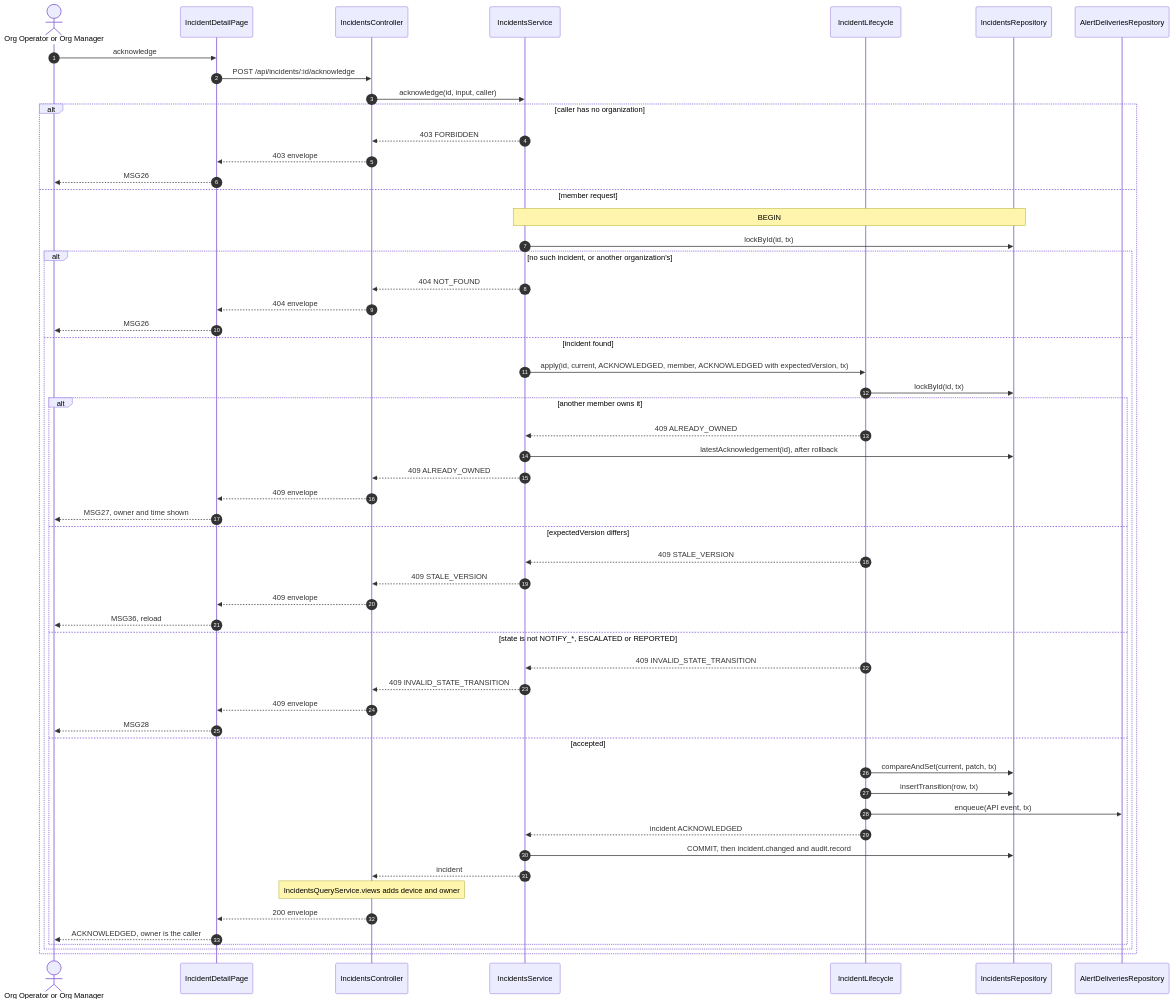
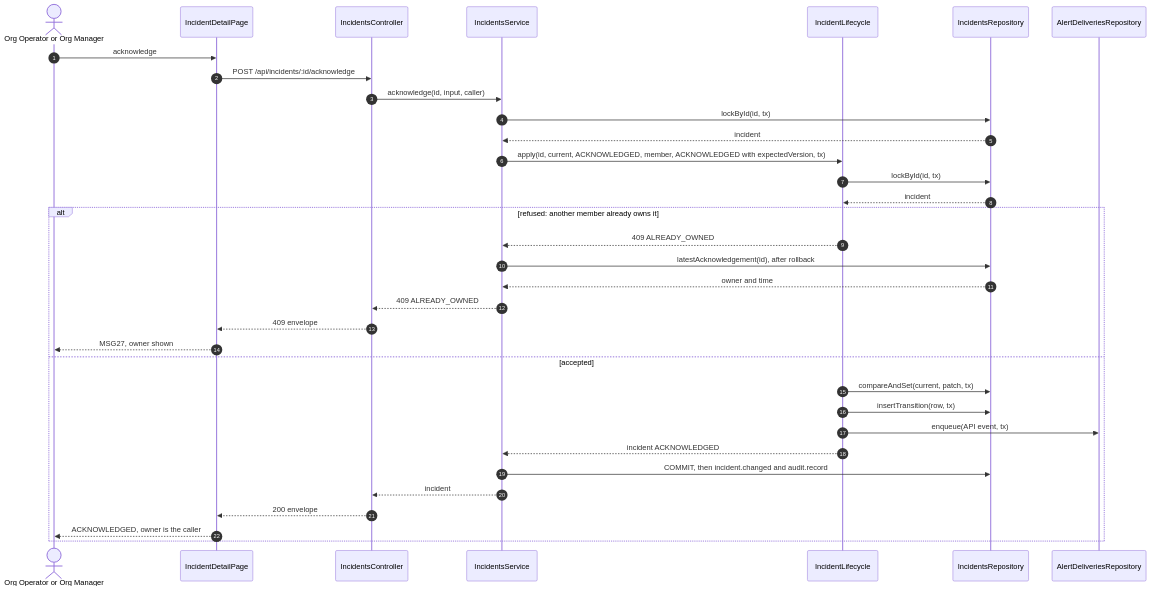
The second of 2 diagrams in specs/incidents/api-design/03-post-incidents-id-acknowledge.md (TrekLink-Team/treklink-web), drawn with Mermaid before and after one commit. The commit also changed other lines of this file and 8 other files, not shown here.

First line of the commit message:
docs: draw one alt per incidents sequence again

````diff
--- a/specs/incidents/api-design/03-post-incidents-id-acknowledge.md
+++ b/specs/incidents/api-design/03-post-incidents-id-acknowledge.md
@@ -263,57 +263,36 @@
 ```mermaid
 sequenceDiagram
     autonumber
     actor U as Org Operator or Org Manager
     participant P as IncidentDetailPage
     participant Ctl as IncidentsController
     participant Svc as IncidentsService
     participant L as IncidentLifecycle
     participant R as IncidentsRepository
     participant Ob as AlertDeliveriesRepository
     U->>P: acknowledge
     P->>Ctl: POST /api/incidents/:id/acknowledge
     Ctl->>Svc: acknowledge(id, input, caller)
-    alt caller has no organization
-        Svc-->>Ctl: 403 FORBIDDEN
-        Ctl-->>P: 403 envelope
-        P-->>U: MSG26
-    else member request
-        Note over Svc,R: BEGIN
-        Svc->>R: lockById(id, tx)
-        alt no such incident, or another organization's
-            Svc-->>Ctl: 404 NOT_FOUND
-            Ctl-->>P: 404 envelope
-            P-->>U: MSG26
-        else incident found
-            Svc->>L: apply(id, current, ACKNOWLEDGED, member, ACKNOWLEDGED with expectedVersion, tx)
-            L->>R: lockById(id, tx)
-            alt another member owns it
-                L-->>Svc: 409 ALREADY_OWNED
-                Svc->>R: latestAcknowledgement(id), after rollback
-                Svc-->>Ctl: 409 ALREADY_OWNED
-                Ctl-->>P: 409 envelope
-                P-->>U: MSG27, owner and time shown
-            else expectedVersion differs
-                L-->>Svc: 409 STALE_VERSION
-                Svc-->>Ctl: 409 STALE_VERSION
-                Ctl-->>P: 409 envelope
-                P-->>U: MSG36, reload
-            else state is not NOTIFY_*, ESCALATED or REPORTED
-                L-->>Svc: 409 INVALID_STATE_TRANSITION
-                Svc-->>Ctl: 409 INVALID_STATE_TRANSITION
-                Ctl-->>P: 409 envelope
-                P-->>U: MSG28
-            else accepted
-                L->>R: compareAndSet(current, patch, tx)
-                L->>R: insertTransition(row, tx)
-                L->>Ob: enqueue(API event, tx)
-                L-->>Svc: incident ACKNOWLEDGED
-                Svc->>R: COMMIT, then incident.changed and audit.record
-                Svc-->>Ctl: incident
-                Note over Ctl: IncidentsQueryService.views adds device and owner
-                Ctl-->>P: 200 envelope
-                P-->>U: ACKNOWLEDGED, owner is the caller
-            end
-        end
+    Svc->>R: lockById(id, tx)
+    R-->>Svc: incident
+    Svc->>L: apply(id, current, ACKNOWLEDGED, member, ACKNOWLEDGED with expectedVersion, tx)
+    L->>R: lockById(id, tx)
+    R-->>L: incident
+    alt refused: another member already owns it
+        L-->>Svc: 409 ALREADY_OWNED
+        Svc->>R: latestAcknowledgement(id), after rollback
+        R-->>Svc: owner and time
+        Svc-->>Ctl: 409 ALREADY_OWNED
+        Ctl-->>P: 409 envelope
+        P-->>U: MSG27, owner shown
+    else accepted
+        L->>R: compareAndSet(current, patch, tx)
+        L->>R: insertTransition(row, tx)
+        L->>Ob: enqueue(API event, tx)
+        L-->>Svc: incident ACKNOWLEDGED
+        Svc->>R: COMMIT, then incident.changed and audit.record
+        Svc-->>Ctl: incident
+        Ctl-->>P: 200 envelope
+        P-->>U: ACKNOWLEDGED, owner is the caller
     end
 ```
````
